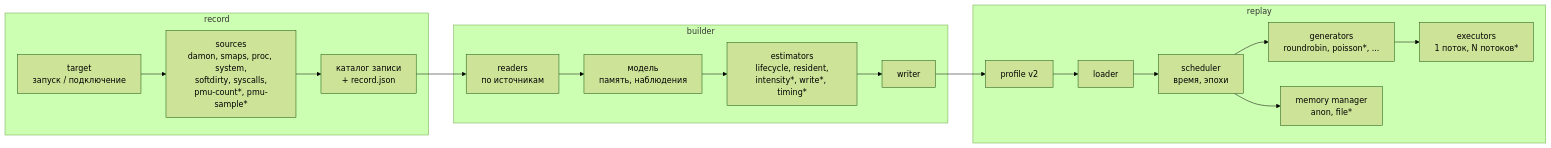
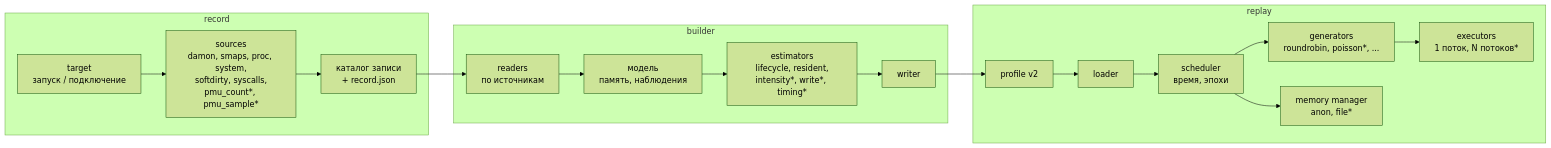
Before and after one commit to DanLyss/qmem: the diagram in docs/skeleton.md, drawn with Mermaid (forest theme). The commit also changed other lines of this file and 2 other files, not shown here.

````diff
--- a/docs/skeleton.md
+++ b/docs/skeleton.md
@@ -23,20 +25,20 @@
 ```mermaid
 flowchart LR
     subgraph record
-        T["target<br/>запуск / подключение"] --> S["sources<br/>damon, smaps, proc, system,<br/>softdirty, syscalls,<br/>pmu-count*, pmu-sample*"]
+        T["target<br/>запуск / подключение"] --> S["sources<br/>damon, smaps, proc, system,<br/>softdirty, syscalls,<br/>pmu_count*, pmu_sample*"]
         S --> RD["каталог записи<br/>+ record.json"]
     end
     subgraph builder
         RD --> RE["readers<br/>по источникам"]
         RE --> M["модель<br/>память, наблюдения"]
         M --> E["estimators<br/>lifecycle, resident,<br/>intensity*, write*, timing*"]
         E --> W["writer"]
     end
     W --> P["profile v2"]
     subgraph replay
         P --> L["loader"] --> SC["scheduler<br/>время, эпохи"]
         SC --> G["generators<br/>roundrobin, poisson*, ..."]
         G --> X["executors<br/>1 поток, N потоков*"]
         SC --> MM["memory manager<br/>anon, file*"]
     end
 ```
````
